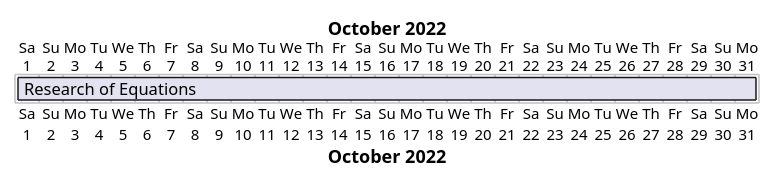
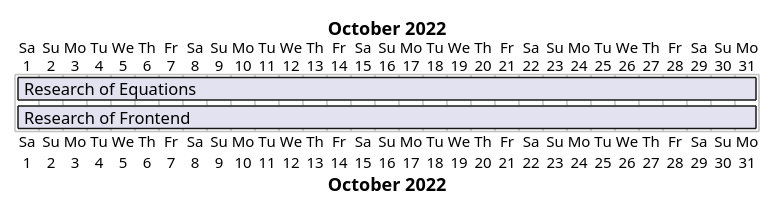
One commit to arshad-shah/Nimaz changed the diagram in app/src/main/java/com/arshadshah/nimaz/diagrams/FYPGANTT.puml. Above: the diagram before and after it, drawn with PlantUML. The commit also changed 15 other files, not shown here.

Commit message:
fixed api data flow from nimaz api datasource.

```diff
--- a/app/src/main/java/com/arshadshah/nimaz/diagrams/FYPGANTT.puml
+++ b/app/src/main/java/com/arshadshah/nimaz/diagrams/FYPGANTT.puml
@@ -1,7 +1,9 @@
 @startgantt
 Project starts 2022-10-01
 
 [Research of Equations] starts 2022-10-01
 [Research of Equations] ends 2022-10-31
+[Research of Frontend] starts 2022-10-01
+[Research of Frontend] ends 2022-10-31
 
 @endgantt
```
